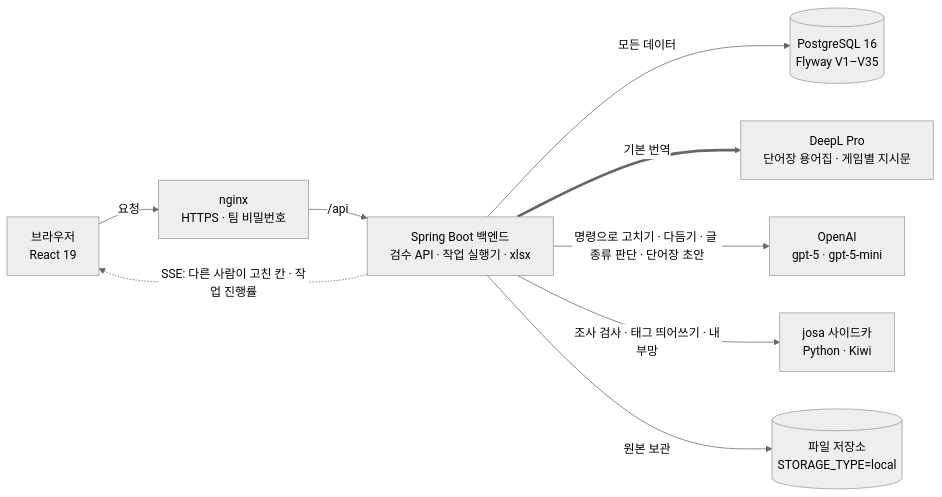
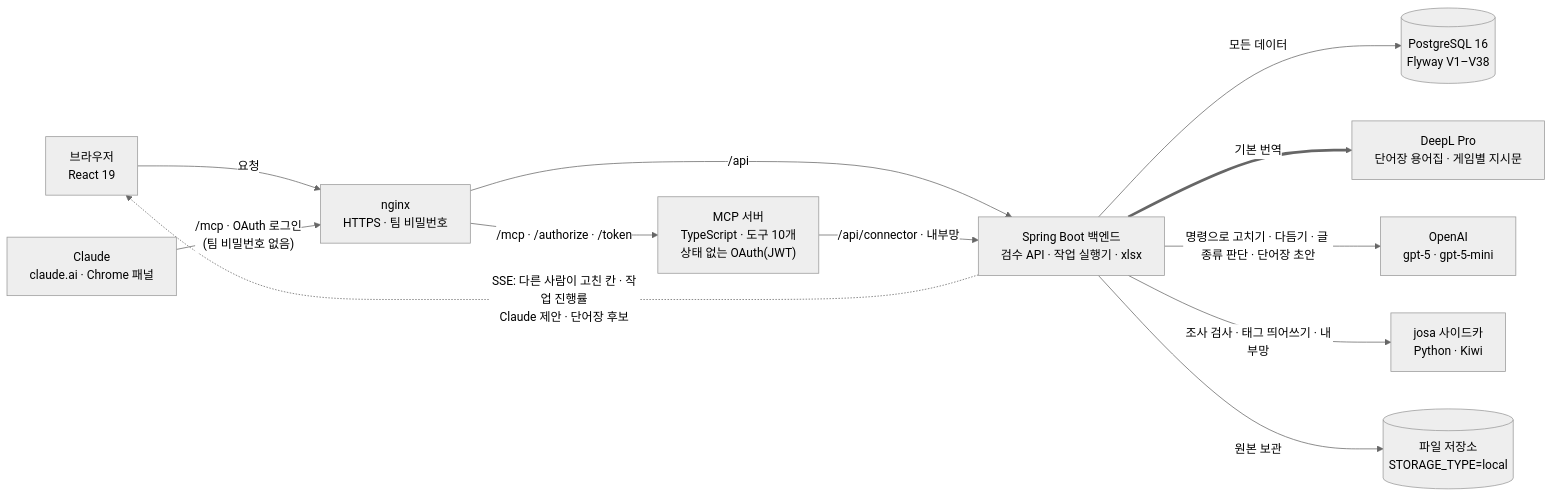
Before and after one commit to Hong9915/game_translation: the second of 3 diagrams in README.md, drawn with Mermaid (neutral theme). The commit also changed other lines of this file and 94 other files, not shown here.

Commit message:
Claude 커넥터(MCP): 도구 10개, 제안 체크 창, 찾아 바꾸기, 단어장 승인 대기, 배포 rsync, README 구성도

````diff
--- a/README.md
+++ b/README.md
@@ -59,11 +80,14 @@
 ```mermaid
 flowchart LR
   U[브라우저<br/>React 19] -->|요청| N["nginx<br/>HTTPS · 팀 비밀번호"]
+  CL["Claude<br/>claude.ai · Chrome 패널"] -->|"/mcp · OAuth 로그인<br/>(팀 비밀번호 없음)"| N
   N -->|/api| B["Spring Boot 백엔드<br/>검수 API · 작업 실행기 · xlsx"]
-  B -->|모든 데이터| P[("PostgreSQL 16<br/>Flyway V1–V35")]
+  N -->|/mcp · /authorize · /token| M["MCP 서버<br/>TypeScript · 도구 10개<br/>상태 없는 OAuth(JWT)"]
+  M -->|/api/connector · 내부망| B
+  B -->|모든 데이터| P[("PostgreSQL 16<br/>Flyway V1–V38")]
   B ==>|기본 번역| D["DeepL Pro<br/>단어장 용어집 · 게임별 지시문"]
   B -->|명령으로 고치기 · 다듬기 · 글 종류 판단 · 단어장 초안| O[OpenAI<br/>gpt-5 · gpt-5-mini]
   B -->|조사 검사 · 태그 띄어쓰기 · 내부망| J["josa 사이드카<br/>Python · Kiwi"]
   B -->|원본 보관| S[("파일 저장소<br/>STORAGE_TYPE=local")]
-  B -.->|SSE: 다른 사람이 고친 칸 · 작업 진행률| U
+  B -.->|SSE: 다른 사람이 고친 칸 · 작업 진행률<br/>Claude 제안 · 단어장 후보| U
 ```
````
